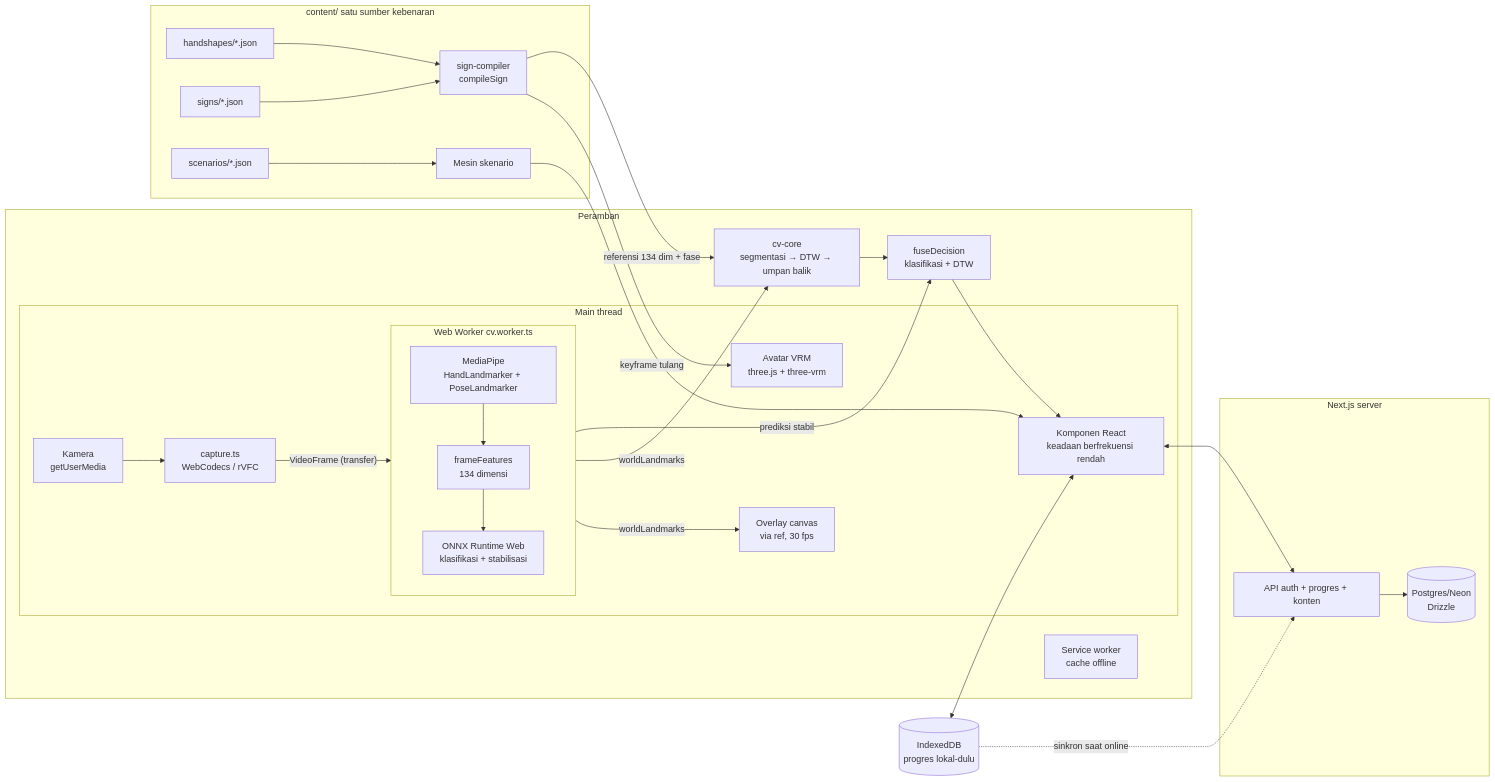
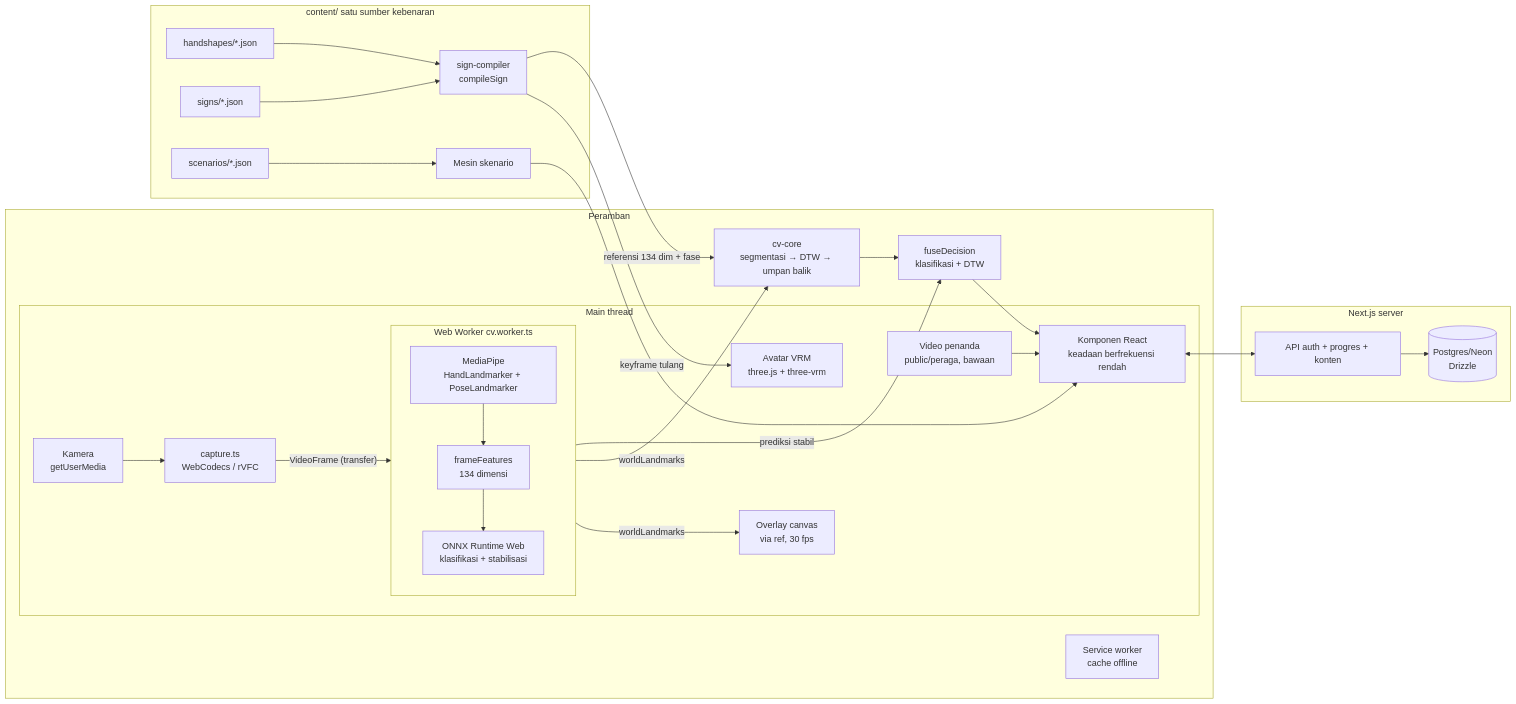
The diagram in docs/architecture.md (benditandayusaputra/lakon), drawn with Mermaid before and after one commit. The commit also changed other lines of this file and 60 other files, not shown here.

````diff
--- a/docs/architecture.md
+++ b/docs/architecture.md
@@ -13,39 +13,39 @@
 ```mermaid
 flowchart LR
   subgraph Peramban
     subgraph MainThread[Main thread]
       CAM[Kamera\ngetUserMedia] --> CAP[capture.ts\nWebCodecs / rVFC]
       CAP -- "VideoFrame (transfer)" --> W
       OVR[Overlay canvas\nvia ref, 30 fps]
       UI[Komponen React\nkeadaan berfrekuensi rendah]
       AVA[Avatar VRM\nthree.js + three-vrm]
+      VID[Video penanda\npublic/peraga, bawaan]
     end
     subgraph W[Web Worker cv.worker.ts]
       MP[MediaPipe\nHandLandmarker + PoseLandmarker] --> FEAT[frameFeatures\n134 dimensi]
       FEAT --> ORT[ONNX Runtime Web\nklasifikasi + stabilisasi]
     end
     W -- "worldLandmarks" --> OVR
     W -- "worldLandmarks" --> VER[cv-core\nsegmentasi → DTW → umpan balik]
     W -- "prediksi stabil" --> FUSE[fuseDecision\nklasifikasi + DTW]
     VER --> FUSE
     FUSE --> UI
     SW[Service worker\ncache offline]
   end
 
   subgraph Konten[content/ satu sumber kebenaran]
     HS[handshapes/*.json] --> COMP
     SG[signs/*.json] --> COMP[sign-compiler\ncompileSign]
     SC[scenarios/*.json] --> ENG[Mesin skenario]
   end
 
   COMP -- "keyframe tulang" --> AVA
   COMP -- "referensi 134 dim + fase" --> VER
   ENG --> UI
 
   subgraph Server[Next.js server]
     API[API auth + progres + konten] --> DB[(Postgres/Neon\nDrizzle)]
   end
   UI <--> API
-  IDB[(IndexedDB\nprogres lokal-dulu)] <--> UI
-  IDB -. sinkron saat online .-> API
+  VID --> UI
 ```
````
